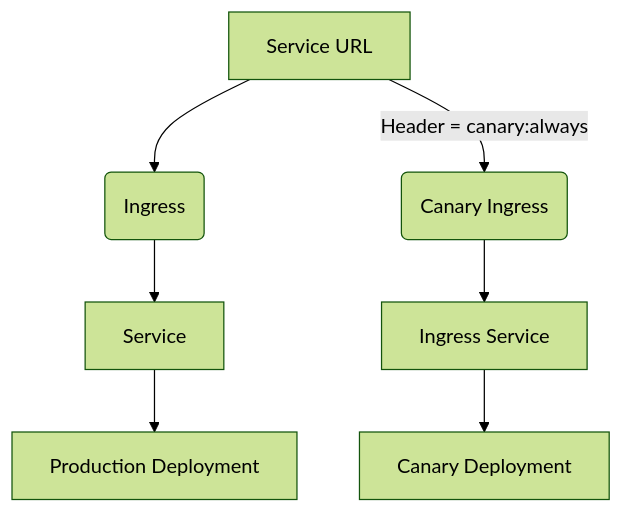
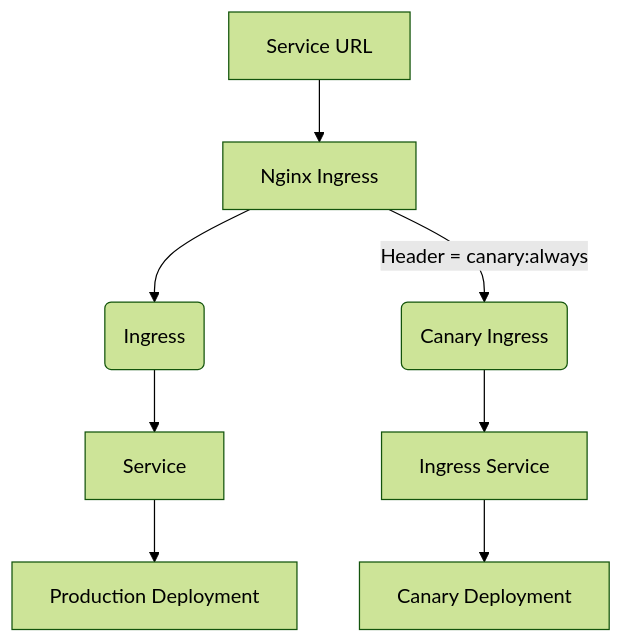
Before and after one commit to hayderimran7/gitlab-auto-deploy-canary-chart: the diagram in README.md, drawn with Mermaid (forest theme).

````diff
--- a/README.md
+++ b/README.md
@@ -13,9 +13,10 @@
 ```mermaid
 graph TD;
-A[Service URL ] --> B(Ingress);
-A[Service URL ] -->|Header = canary:always| C(Canary Ingress);
+Z[Service URL ] --> A(Nginx Ingress);
+A[Nginx Ingress ] --> B(Ingress);
+A[Nginx Ingress ] -->|Header = canary:always| C(Canary Ingress);
 B --> D[Service];
 C --> E[Ingress Service];
 D --> F[Production Deployment];
 E --> G[Canary Deployment];
 ```
````
